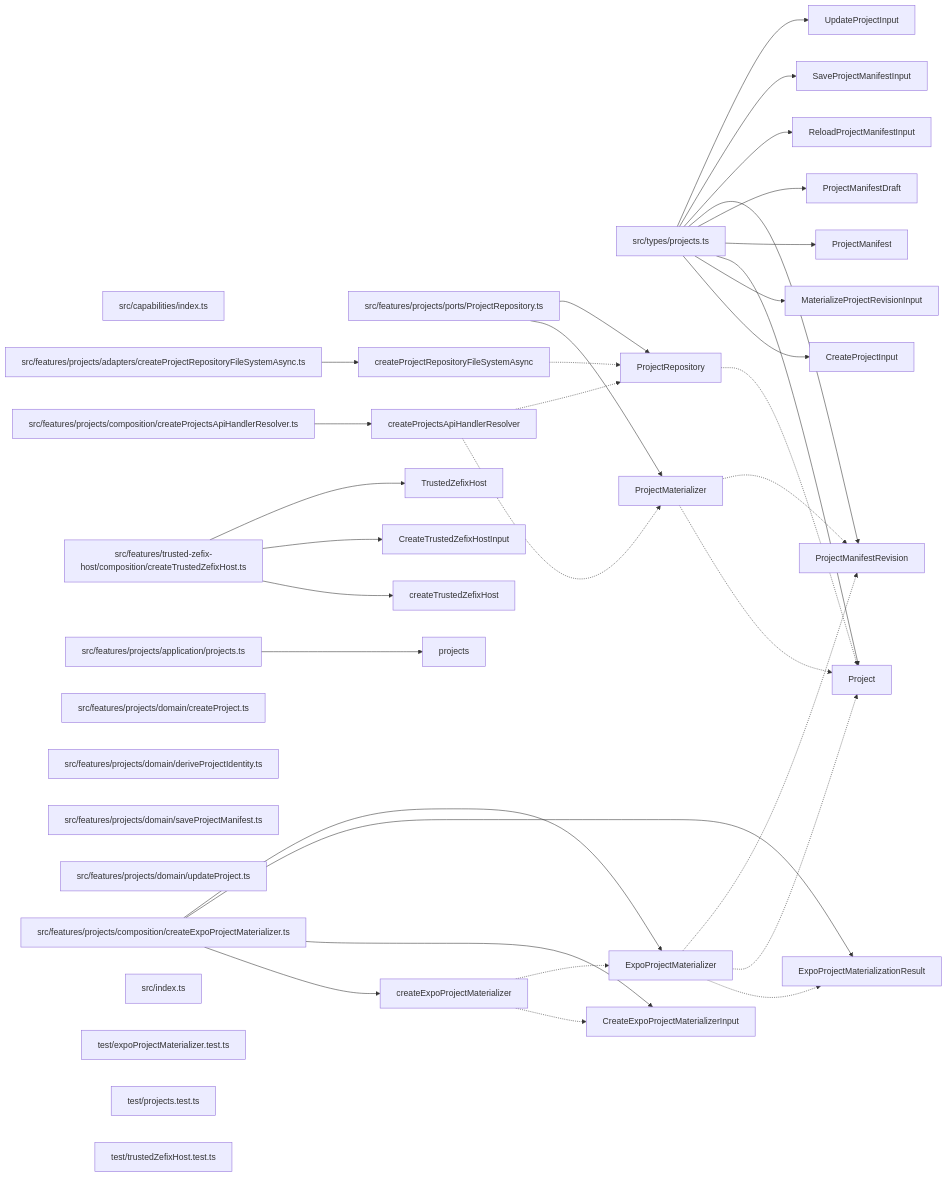
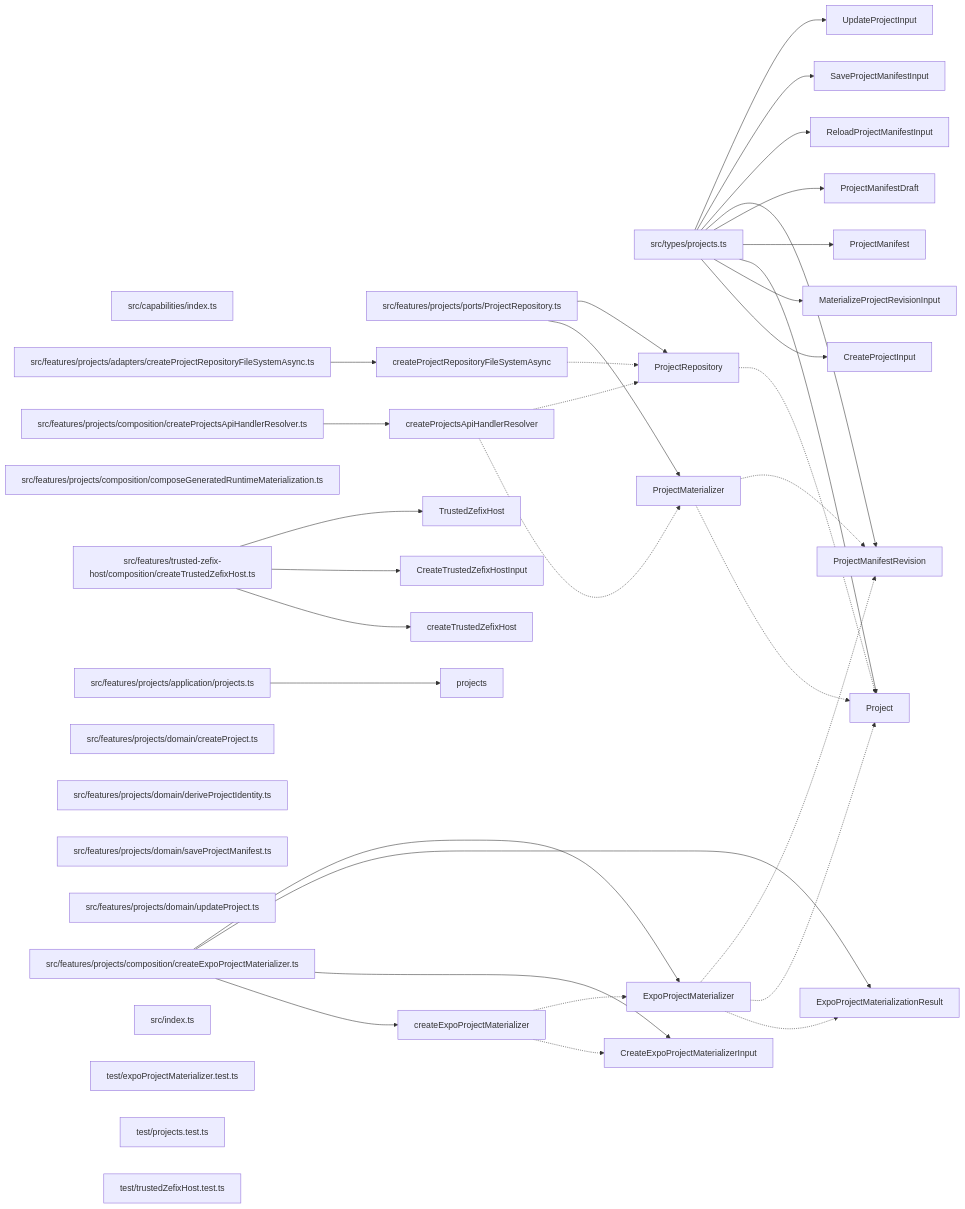
Before and after one commit to ankhorage/projects: the diagram in paradox/diagrams/export-graph.mmd, drawn with Mermaid. The commit also changed 12 other files, not shown here.

```diff
--- a/paradox/diagrams/export-graph.mmd
+++ b/paradox/diagrams/export-graph.mmd
@@ -1,70 +1,71 @@
 graph LR
   module_src_capabilities_index_ts["src/capabilities/index.ts"]
   module_src_features_projects_adapters_createProjectRepositoryFileSystemAsync_ts["src/features/projects/adapters/createProjectRepositoryFileSystemAsync.ts"]
   module_src_features_projects_application_projects_ts["src/features/projects/application/projects.ts"]
+  module_src_features_projects_composition_composeGeneratedRuntimeMaterialization_ts["src/features/projects/composition/composeGeneratedRuntimeMaterialization.ts"]
   module_src_features_projects_composition_createExpoProjectMaterializer_ts["src/features/projects/composition/createExpoProjectMaterializer.ts"]
   module_src_features_projects_composition_createProjectsApiHandlerResolver_ts["src/features/projects/composition/createProjectsApiHandlerResolver.ts"]
   module_src_features_projects_domain_createProject_ts["src/features/projects/domain/createProject.ts"]
   module_src_features_projects_domain_deriveProjectIdentity_ts["src/features/projects/domain/deriveProjectIdentity.ts"]
   module_src_features_projects_domain_saveProjectManifest_ts["src/features/projects/domain/saveProjectManifest.ts"]
   module_src_features_projects_domain_updateProject_ts["src/features/projects/domain/updateProject.ts"]
   module_src_features_projects_ports_ProjectRepository_ts["src/features/projects/ports/ProjectRepository.ts"]
   module_src_features_trusted_zefix_host_composition_createTrustedZefixHost_ts["src/features/trusted-zefix-host/composition/createTrustedZefixHost.ts"]
   module_src_index_ts["src/index.ts"]
   module_src_types_projects_ts["src/types/projects.ts"]
   module_test_expoProjectMaterializer_test_ts["test/expoProjectMaterializer.test.ts"]
   module_test_projects_test_ts["test/projects.test.ts"]
   module_test_trustedZefixHost_test_ts["test/trustedZefixHost.test.ts"]
   export_createExpoProjectMaterializer["createExpoProjectMaterializer"]
   module_src_features_projects_composition_createExpoProjectMaterializer_ts --> export_createExpoProjectMaterializer
   export_createExpoProjectMaterializer -.-> export_CreateExpoProjectMaterializerInput
   export_createExpoProjectMaterializer -.-> export_ExpoProjectMaterializer
   export_CreateExpoProjectMaterializerInput["CreateExpoProjectMaterializerInput"]
   module_src_features_projects_composition_createExpoProjectMaterializer_ts --> export_CreateExpoProjectMaterializerInput
   export_CreateProjectInput["CreateProjectInput"]
   module_src_types_projects_ts --> export_CreateProjectInput
   export_createProjectRepositoryFileSystemAsync["createProjectRepositoryFileSystemAsync"]
   module_src_features_projects_adapters_createProjectRepositoryFileSystemAsync_ts --> export_createProjectRepositoryFileSystemAsync
   export_createProjectRepositoryFileSystemAsync -.-> export_ProjectRepository
   export_createProjectsApiHandlerResolver["createProjectsApiHandlerResolver"]
   module_src_features_projects_composition_createProjectsApiHandlerResolver_ts --> export_createProjectsApiHandlerResolver
   export_createProjectsApiHandlerResolver -.-> export_ProjectMaterializer
   export_createProjectsApiHandlerResolver -.-> export_ProjectRepository
   export_createTrustedZefixHost["createTrustedZefixHost"]
   module_src_features_trusted_zefix_host_composition_createTrustedZefixHost_ts --> export_createTrustedZefixHost
   export_CreateTrustedZefixHostInput["CreateTrustedZefixHostInput"]
   module_src_features_trusted_zefix_host_composition_createTrustedZefixHost_ts --> export_CreateTrustedZefixHostInput
   export_ExpoProjectMaterializationResult["ExpoProjectMaterializationResult"]
   module_src_features_projects_composition_createExpoProjectMaterializer_ts --> export_ExpoProjectMaterializationResult
   export_ExpoProjectMaterializer["ExpoProjectMaterializer"]
   module_src_features_projects_composition_createExpoProjectMaterializer_ts --> export_ExpoProjectMaterializer
   export_ExpoProjectMaterializer -.-> export_ExpoProjectMaterializationResult
   export_ExpoProjectMaterializer -.-> export_Project
   export_ExpoProjectMaterializer -.-> export_ProjectManifestRevision
   export_MaterializeProjectRevisionInput["MaterializeProjectRevisionInput"]
   module_src_types_projects_ts --> export_MaterializeProjectRevisionInput
   export_Project["Project"]
   module_src_types_projects_ts --> export_Project
   export_ProjectManifest["ProjectManifest"]
   module_src_types_projects_ts --> export_ProjectManifest
   export_ProjectManifestDraft["ProjectManifestDraft"]
   module_src_types_projects_ts --> export_ProjectManifestDraft
   export_ProjectManifestRevision["ProjectManifestRevision"]
   module_src_types_projects_ts --> export_ProjectManifestRevision
   export_ProjectMaterializer["ProjectMaterializer"]
   module_src_features_projects_ports_ProjectRepository_ts --> export_ProjectMaterializer
   export_ProjectMaterializer -.-> export_Project
   export_ProjectMaterializer -.-> export_ProjectManifestRevision
   export_ProjectRepository["ProjectRepository"]
   module_src_features_projects_ports_ProjectRepository_ts --> export_ProjectRepository
   export_ProjectRepository -.-> export_Project
   export_projects["projects"]
   module_src_features_projects_application_projects_ts --> export_projects
   export_ReloadProjectManifestInput["ReloadProjectManifestInput"]
   module_src_types_projects_ts --> export_ReloadProjectManifestInput
   export_SaveProjectManifestInput["SaveProjectManifestInput"]
   module_src_types_projects_ts --> export_SaveProjectManifestInput
   export_TrustedZefixHost["TrustedZefixHost"]
   module_src_features_trusted_zefix_host_composition_createTrustedZefixHost_ts --> export_TrustedZefixHost
   export_UpdateProjectInput["UpdateProjectInput"]
   module_src_types_projects_ts --> export_UpdateProjectInput
```
